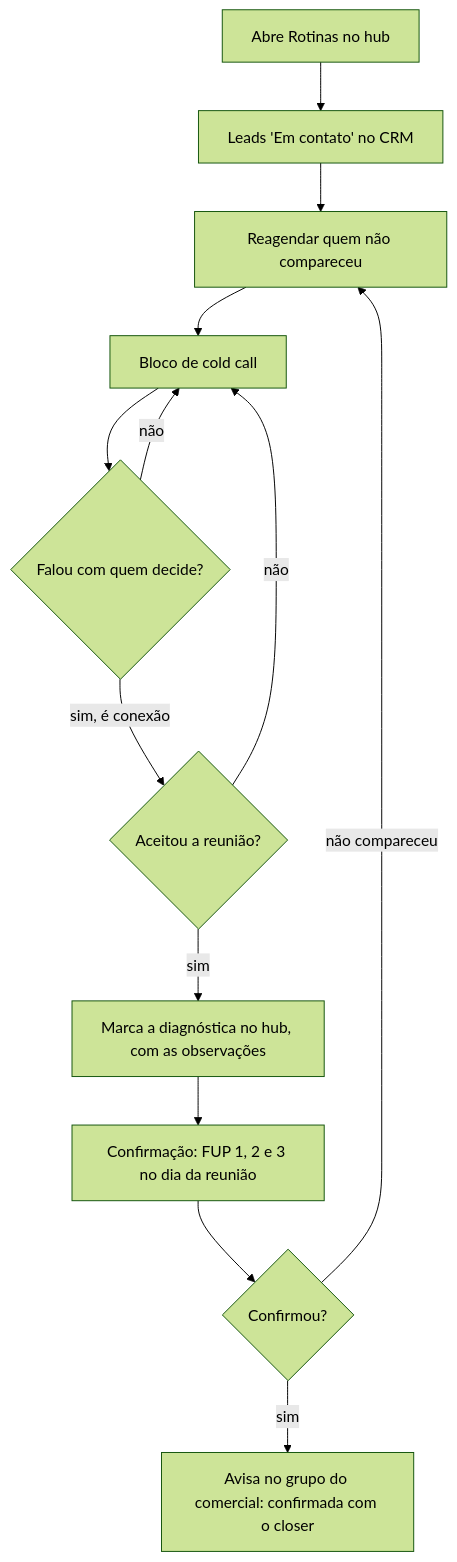
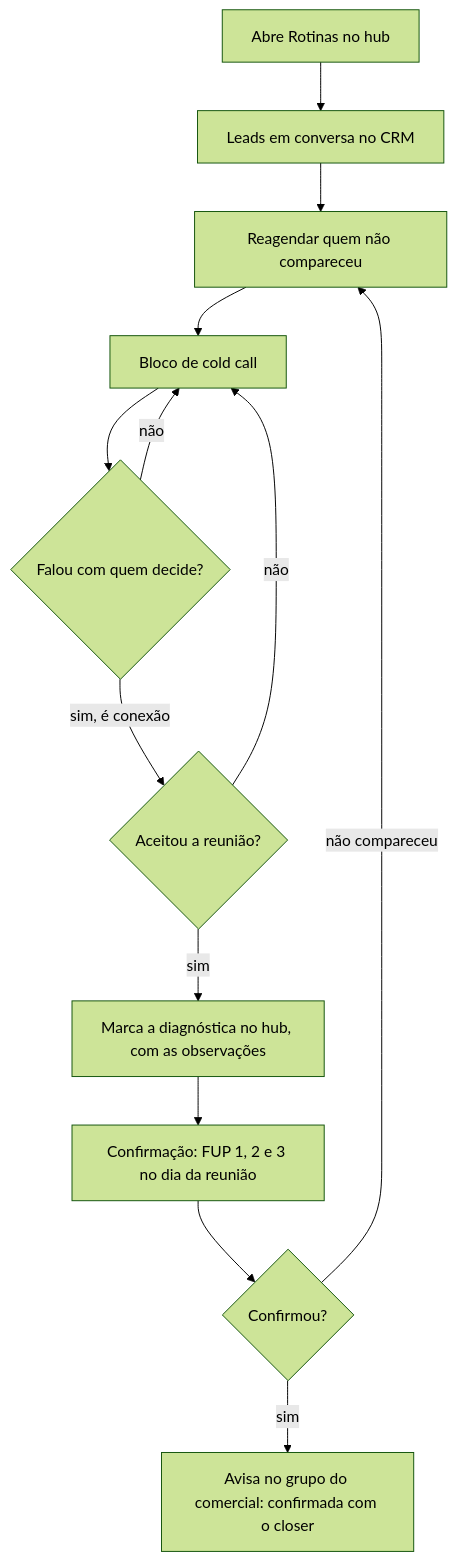
Before and after one commit to softpitchbr/mectria: the diagram in docs/17-processo-comercial.md, drawn with Mermaid (forest theme). The commit also changed other lines of this file and 3 other files, not shown here.

````diff
--- a/docs/17-processo-comercial.md
+++ b/docs/17-processo-comercial.md
@@ -14,15 +14,15 @@
 ```mermaid
 flowchart TD
-    A[Abre Rotinas no hub] --> B[Leads 'Em contato' no CRM]
+    A[Abre Rotinas no hub] --> B[Leads em conversa no CRM]
     B --> C[Reagendar quem não compareceu]
     C --> D[Bloco de cold call]
     D --> E{Falou com quem decide?}
     E -- não --> D
     E -- sim, é conexão --> F{Aceitou a reunião?}
     F -- não --> D
     F -- sim --> G[Marca a diagnóstica no hub, com as observações]
     G --> H[Confirmação: FUP 1, 2 e 3 no dia da reunião]
     H --> I{Confirmou?}
     I -- sim --> J[Avisa no grupo do comercial: confirmada com o closer]
     I -- não compareceu --> C
 ```
````
